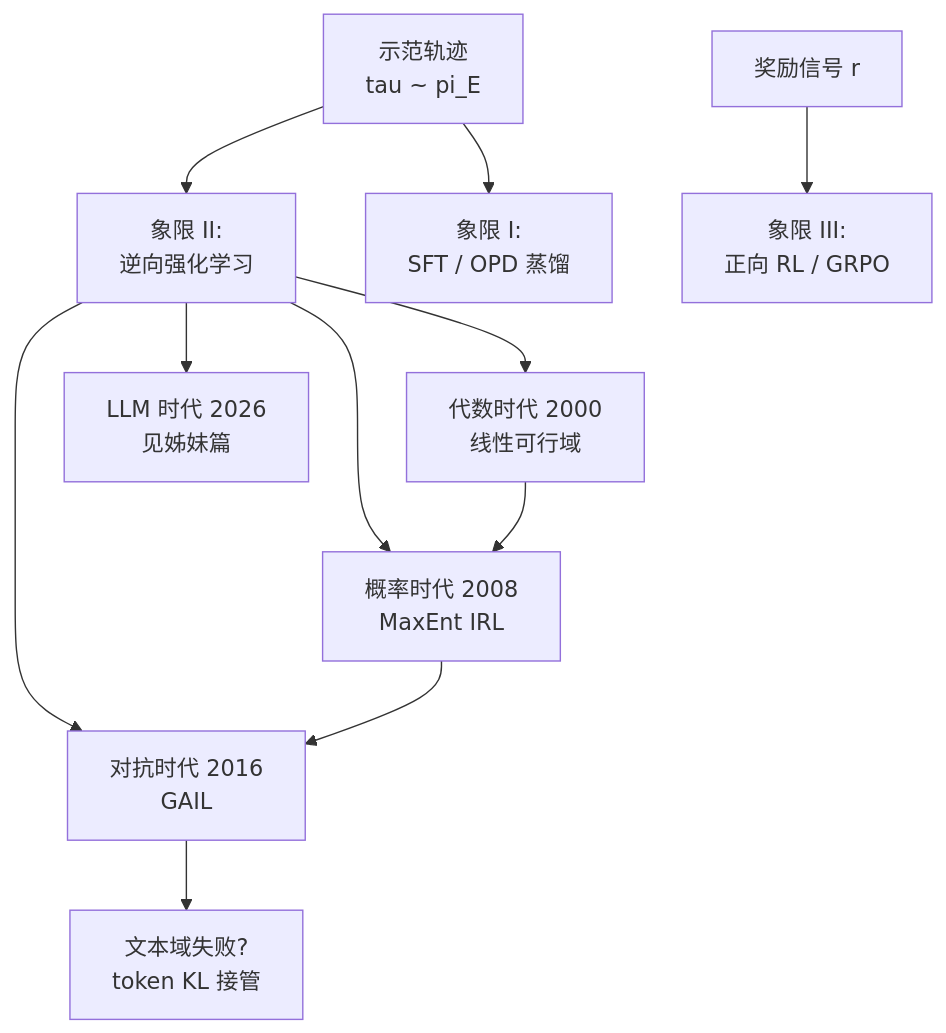
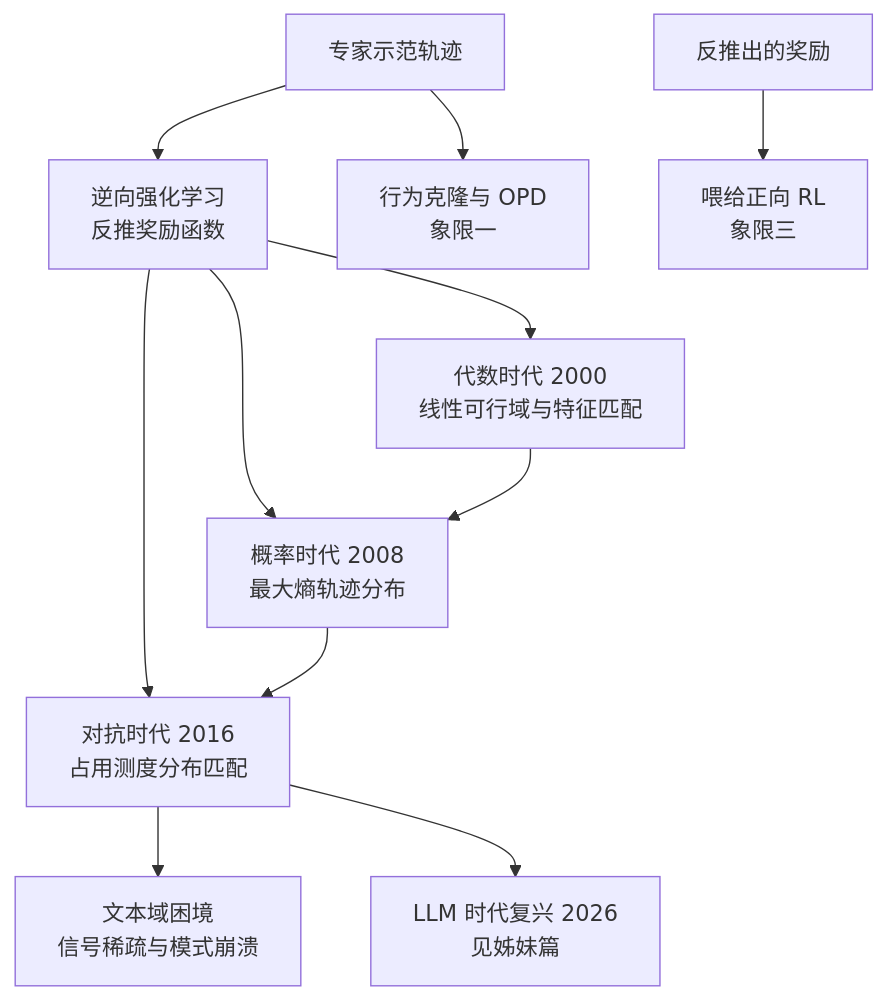
The diagram in _posts/2026-08-22-irl-fifty-years-from-demonstrations.md (lrypcy/lrypcy.github.io), drawn with Mermaid before and after one commit. The commit also changed other lines of this file and 1 other file, not shown here.

Commit message:
IRL 两篇深度版：补齐推导中间步与三代方法对照、修正 mermaid 标签公式乱码

````diff
--- a/_posts/2026-08-22-irl-fifty-years-from-demonstrations.md
+++ b/_posts/2026-08-22-irl-fifty-years-from-demonstrations.md
@@ -15,12 +15,12 @@
 ```mermaid
 graph TD
-    A["示范轨迹<br>tau ~ pi_E"] --> B["象限 II:<br>逆向强化学习"]
-    B --> C["代数时代 2000<br>线性可行域"]
-    B --> D["概率时代 2008<br>MaxEnt IRL"]
-    B --> E["对抗时代 2016<br>GAIL"]
-    C --> D --> E
-    E --> F["文本域失败?<br>token KL 接管"]
-    B --> G["LLM 时代 2026<br>见姊妹篇"]
-    A --> H["象限 I:<br>SFT / OPD 蒸馏"]
-    R["奖励信号 r"] --> I["象限 III:<br>正向 RL / GRPO"]
+    DEMO["专家示范轨迹"] --> IRL["逆向强化学习<br>反推奖励函数"]
+    IRL --> A1["代数时代 2000<br>线性可行域与特征匹配"]
+    IRL --> A2["概率时代 2008<br>最大熵轨迹分布"]
+    IRL --> A3["对抗时代 2016<br>占用测度分布匹配"]
+    A1 --> A2 --> A3
+    A3 --> Q["文本域困境<br>信号稀疏与模式崩溃"]
+    A3 --> LLM["LLM 时代复兴 2026<br>见姊妹篇"]
+    DEMO --> BC["行为克隆与 OPD<br>象限一"]
+    RW["反推出的奖励"] --> FRL["喂给正向 RL<br>象限三"]
 ```
````
